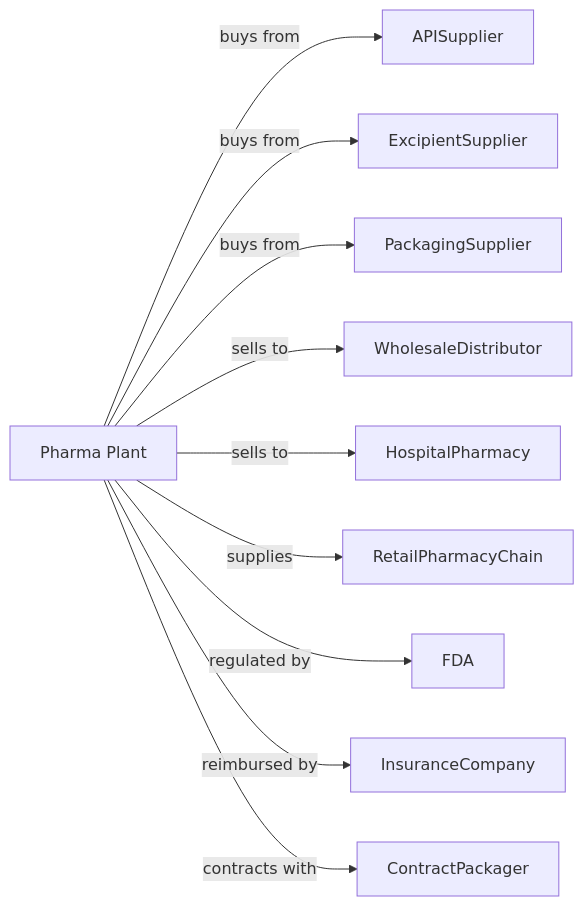
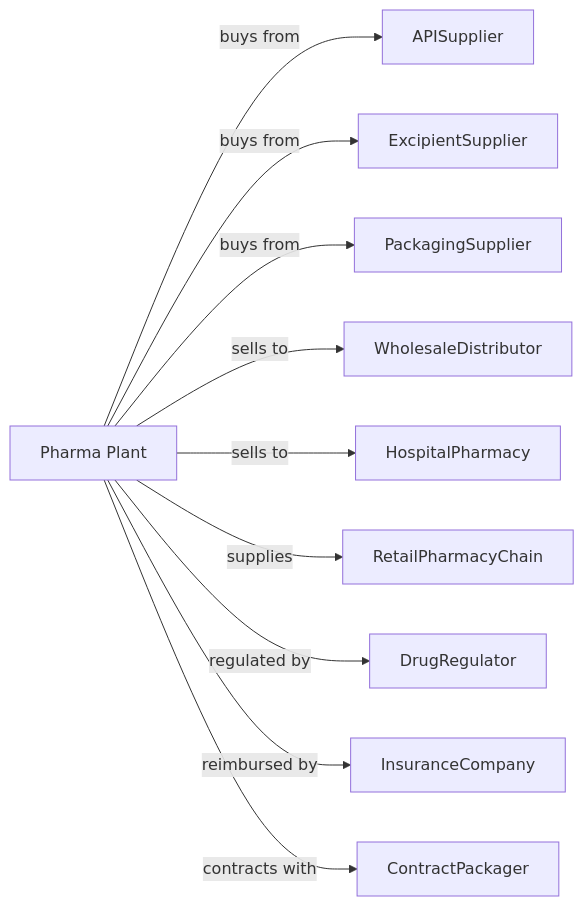
Before and after one commit to dot-org-ai/industries.org.ai: the second of 2 diagrams in Manufacturing/ChemicalManufacturing/PharmaceuticalAndMedicineManufacturing/PharmaceuticalPreparationManufacturing.mdx, drawn with Mermaid. The commit also changed other lines of this file and 588 other files, not shown here.

````diff
--- a/Manufacturing/ChemicalManufacturing/PharmaceuticalAndMedicineManufacturing/PharmaceuticalPreparationManufacturing.mdx
+++ b/Manufacturing/ChemicalManufacturing/PharmaceuticalAndMedicineManufacturing/PharmaceuticalPreparationManufacturing.mdx
@@ -133,14 +133,14 @@
 ```mermaid
 graph LR
     P[Pharma Plant]
 
     P -->|buys from| APISupplier
     P -->|buys from| ExcipientSupplier
     P -->|buys from| PackagingSupplier
     P -->|sells to| WholesaleDistributor
     P -->|sells to| HospitalPharmacy
     P -->|supplies| RetailPharmacyChain
-    P -->|regulated by| FDA
+    P -->|regulated by| DrugRegulator
     P -->|reimbursed by| InsuranceCompany
     P -->|contracts with| ContractPackager
 ```
````
